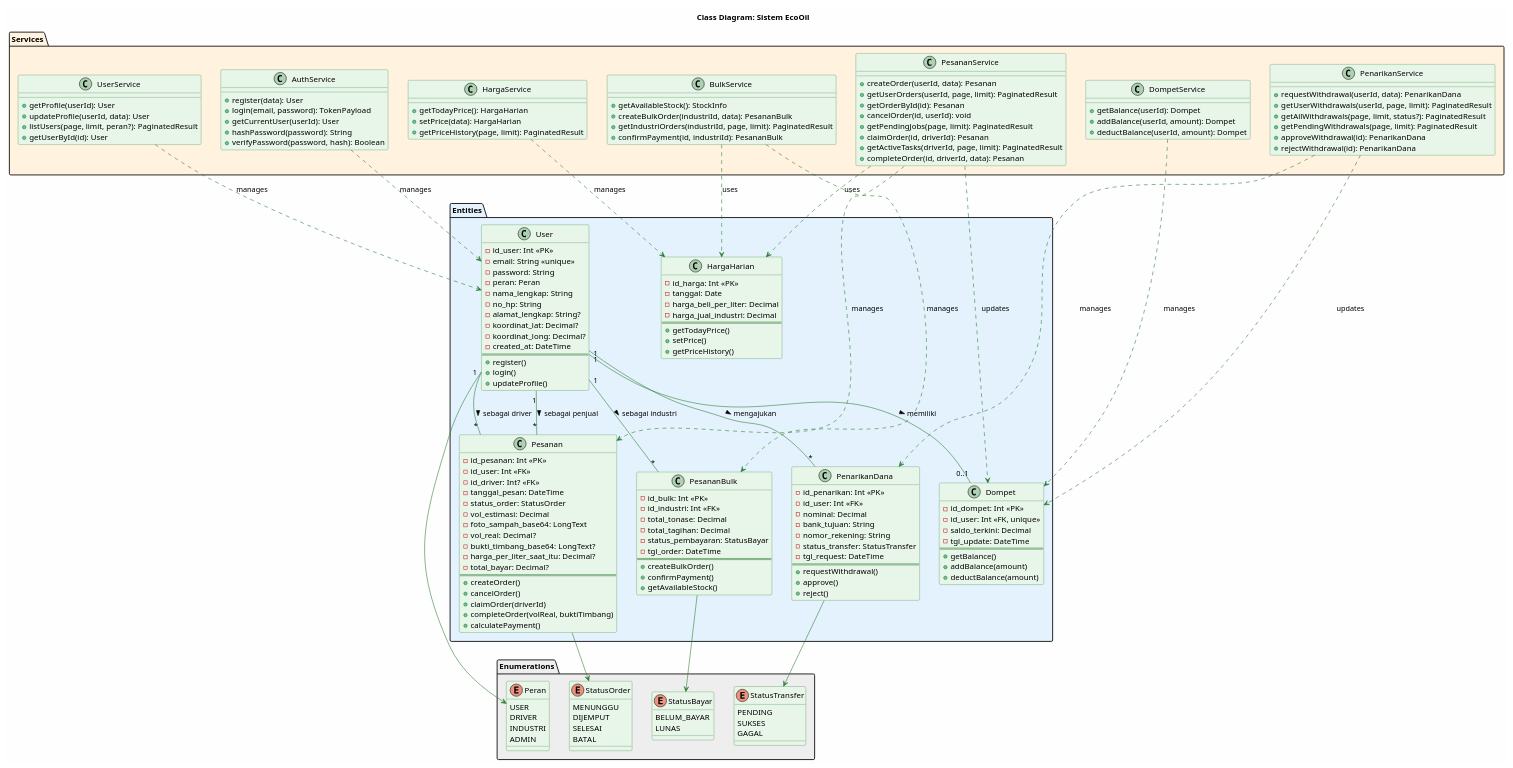
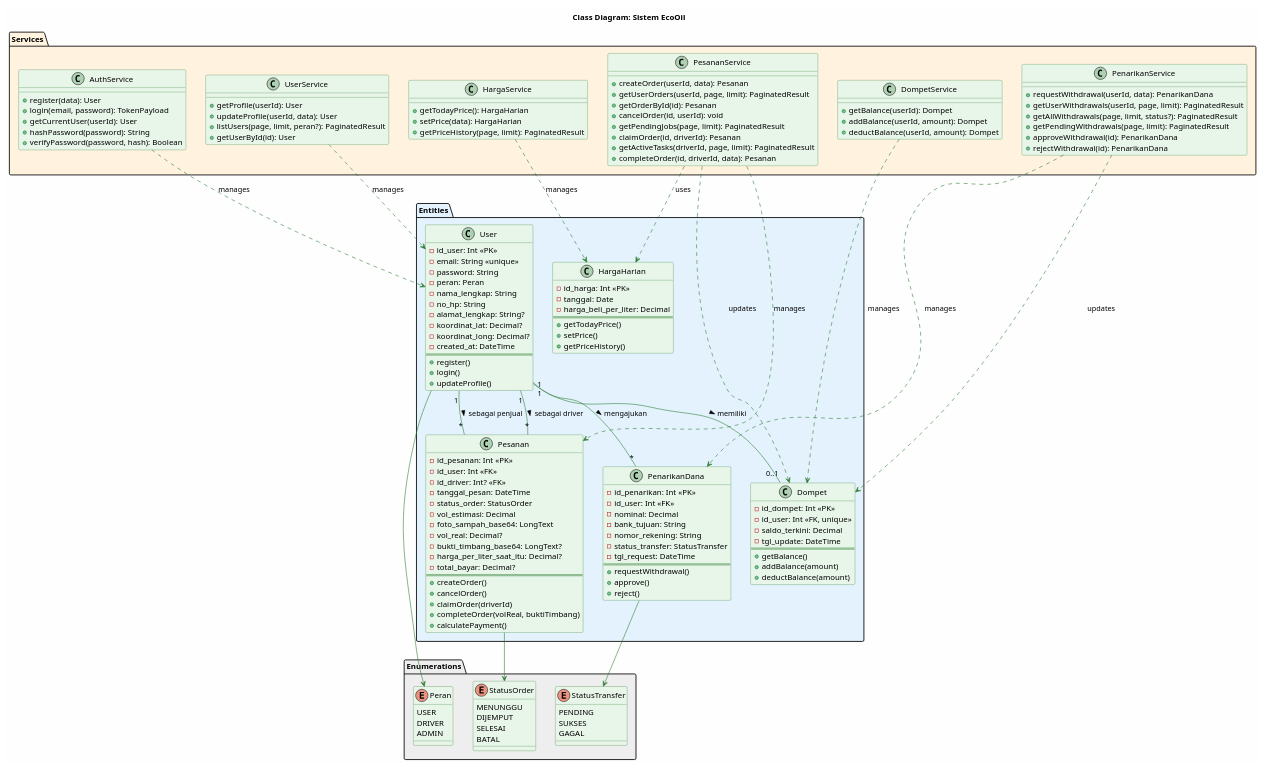
Before and after one commit to dika1005/ecooil-stack: the diagram in docs/diagrams/class_diagram.puml, drawn with PlantUML. The commit also changed 35 other files, not shown here.

Commit message:
feat: Remove INDUSTRI role and all associated bulk order features, services, and UI components.

```diff
--- a/docs/diagrams/class_diagram.puml
+++ b/docs/diagrams/class_diagram.puml
@@ -23,7 +23,6 @@
   enum Peran {
     USER
     DRIVER
-    INDUSTRI
     ADMIN
   }
   
@@ -38,11 +37,6 @@
     PENDING
     SUKSES
     GAGAL
-  }
-  
-  enum StatusBayar {
-    BELUM_BAYAR
-    LUNAS
   }
 }
 
@@ -81,7 +75,6 @@
     - id_harga: Int <<PK>>
     - tanggal: Date
     - harga_beli_per_liter: Decimal
-    - harga_jual_industri: Decimal
     ==
     + getTodayPrice()
     + setPrice()
@@ -120,19 +113,6 @@
     + requestWithdrawal()
     + approve()
     + reject()
-  }
-  
-  class PesananBulk {
-    - id_bulk: Int <<PK>>
-    - id_industri: Int <<FK>>
-    - total_tonase: Decimal
-    - total_tagihan: Decimal
-    - status_pembayaran: StatusBayar
-    - tgl_order: DateTime
-    ==
-    + createBulkOrder()
-    + confirmPayment()
-    + getAvailableStock()
   }
 }
 
@@ -179,13 +159,6 @@
     + getPriceHistory(page, limit): PaginatedResult
   }
   
-  class BulkService {
-    + getAvailableStock(): StockInfo
-    + createBulkOrder(industriId, data): PesananBulk
-    + getIndustriOrders(industriId, page, limit): PaginatedResult
-    + confirmPayment(id, industriId): PesananBulk
-  }
-  
   class UserService {
     + getProfile(userId): User
     + updateProfile(userId, data): User
@@ -201,13 +174,11 @@
 User "1" -- "*" Pesanan : sebagai penjual >
 User "1" -- "*" Pesanan : sebagai driver >
 User "1" -- "*" PenarikanDana : mengajukan >
-User "1" -- "*" PesananBulk : sebagai industri >
 
 ' Enum Relationships
 User --> Peran
 Pesanan --> StatusOrder
 PenarikanDana --> StatusTransfer
-PesananBulk --> StatusBayar
 
 ' Service to Entity Relationships (dashed)
 AuthService ..> User : manages
@@ -218,8 +189,6 @@
 PenarikanService ..> PenarikanDana : manages
 PenarikanService ..> Dompet : updates
 HargaService ..> HargaHarian : manages
-BulkService ..> PesananBulk : manages
-BulkService ..> HargaHarian : uses
 UserService ..> User : manages
 
 @enduml
```
